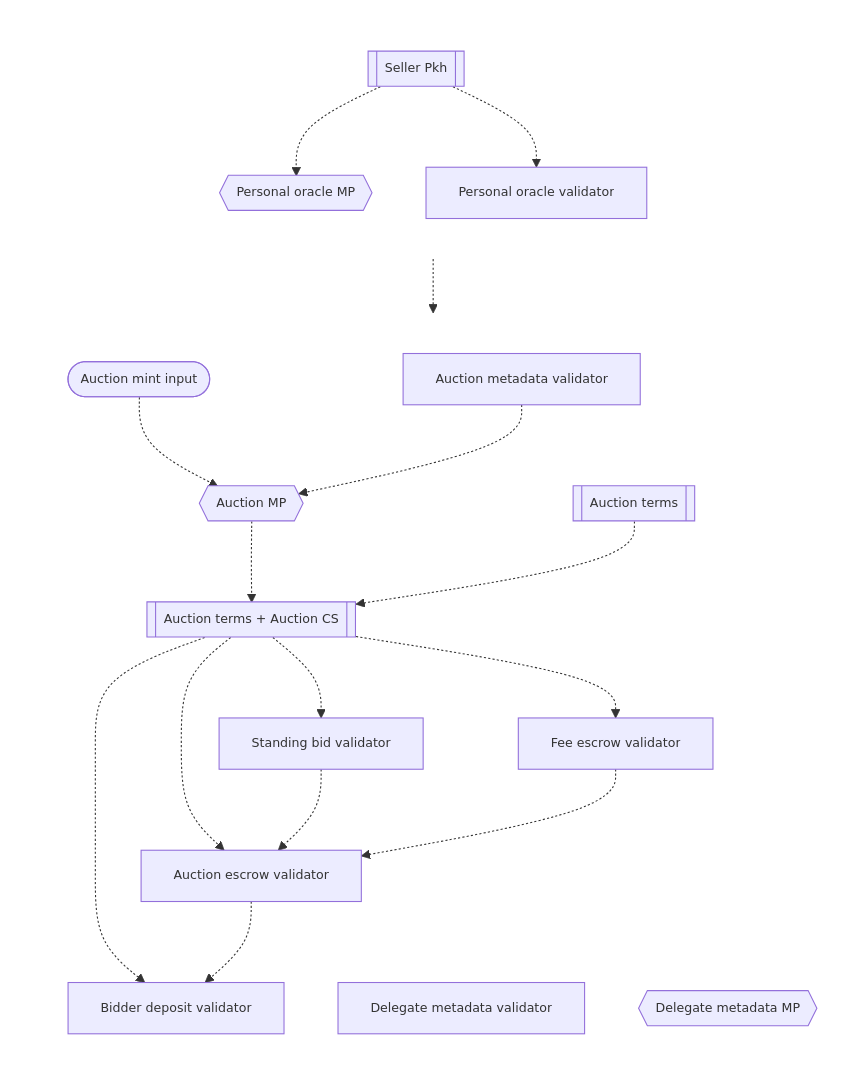
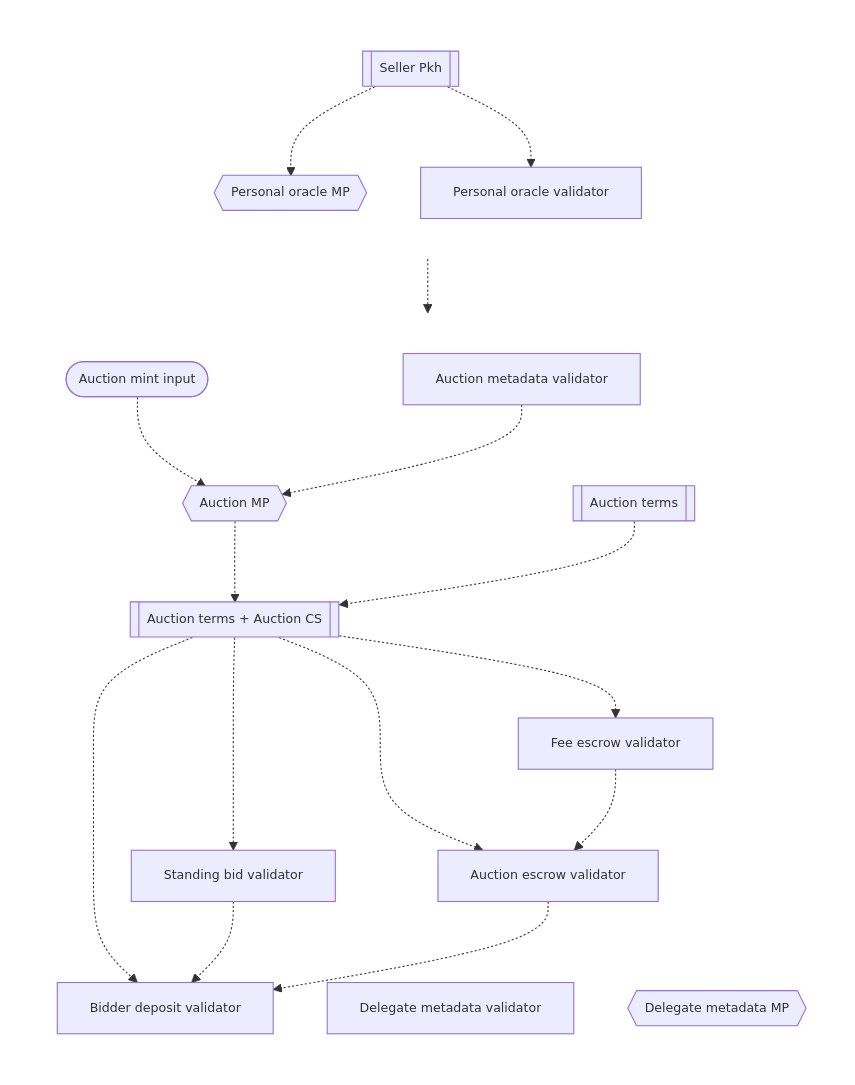
The first of 18 diagrams in docs/spec.md (mlabs-haskell/hydra-auction-onchain), drawn with Mermaid before and after one commit. The commit also changed other lines of this file, not shown here.

````diff
--- a/docs/spec.md
+++ b/docs/spec.md
@@ -33,53 +36,53 @@
 ```mermaid
 flowchart
   direction LR
 
   subgraph RIGHT[ ]
     direction TB
     auctionTerms[[Auction terms]]
     delegateMetadata[Delegate metadata validator]
     delegateMetadataMP{{Delegate metadata MP}}
 
     auctionEscrow[Auction escrow validator]
     auctionMetadata[Auction metadata validator]
     bidderDeposit[Bidder deposit validator]
     feeEscrow[Fee escrow validator]
     standingBid[Standing bid validator]
 
     auctionMP{{Auction MP}}
 
     auctionUtxoNonce([Auction mint input])
 
     params[[Auction terms + Auction CS]]
 
     auctionUtxoNonce -.-> auctionMP
     auctionMetadata -.-> auctionMP
 
     auctionMP -.-> params
     auctionTerms  -.-> params
 
     params -.-> auctionEscrow
     params -.-> bidderDeposit
     params -.-> feeEscrow
     params -.-> standingBid
 
-    standingBid -.-> auctionEscrow
     feeEscrow -.-> auctionEscrow
+    standingBid -.-> bidderDeposit
     auctionEscrow -.-> bidderDeposit
   end
 
   subgraph LEFT[ ]
     direction TB
     sellerPkh[[Seller Pkh]]
     personalOracleValidator[Personal oracle validator]
     personalOracleMP{{Personal oracle MP}}
 
     sellerPkh -.-> auctionTerms
     sellerPkh -.-> personalOracleMP
     sellerPkh -.-> personalOracleValidator
   end
 
   classDef default font-size:90%, overflow:visible;
   style LEFT fill:#0000,stroke-width:0px;
   style RIGHT fill:#0000,stroke-width:0px;
 ```
````
